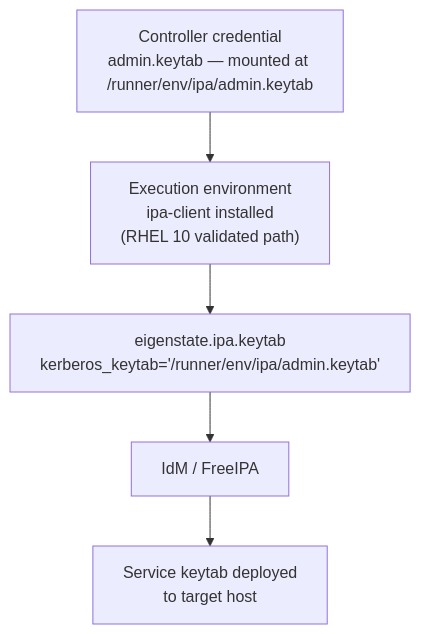
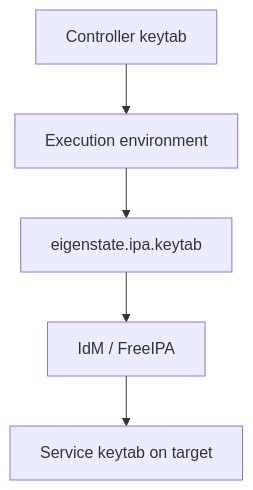
Before and after one commit to gprocunier/eigenstate-ipa: the seventh of 8 diagrams in docs/keytab-capabilities.md, drawn with Mermaid. The commit also changed other lines of this file and 12 other files, not shown here.

Commit message:
Clean up Mermaid diagrams across docs

````diff
--- a/docs/keytab-capabilities.md
+++ b/docs/keytab-capabilities.md
@@ -292,13 +292,13 @@
 ```mermaid
 flowchart TD
-    cred["Controller credential\nadmin.keytab — mounted at /runner/env/ipa/admin.keytab"]
-    ee["Execution environment\nipa-client installed\n(RHEL 10 validated path)"]
-    lookup["eigenstate.ipa.keytab\nkerberos_keytab='/runner/env/ipa/admin.keytab'"]
+    cred["Controller keytab"]
+    ee["Execution environment"]
+    lookup["eigenstate.ipa.keytab"]
     idm["IdM / FreeIPA"]
-    target["Service keytab deployed\nto target host"]
+    target["Service keytab on target"]
 
     cred --> ee
     ee --> lookup
     lookup --> idm
     idm --> target
 ```
````
